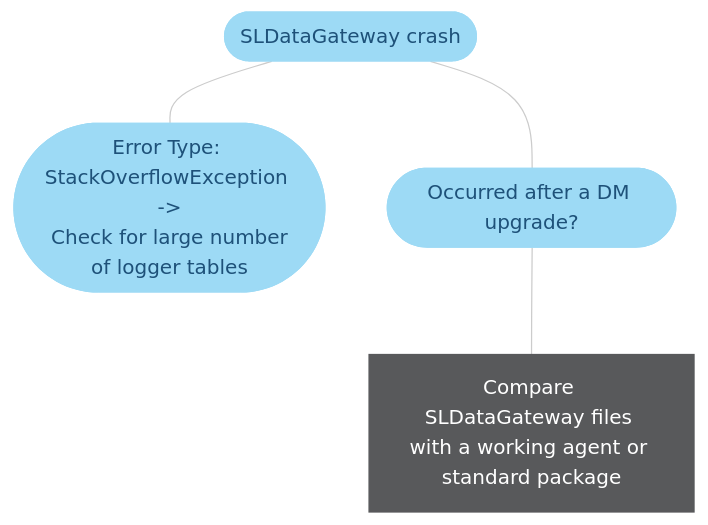
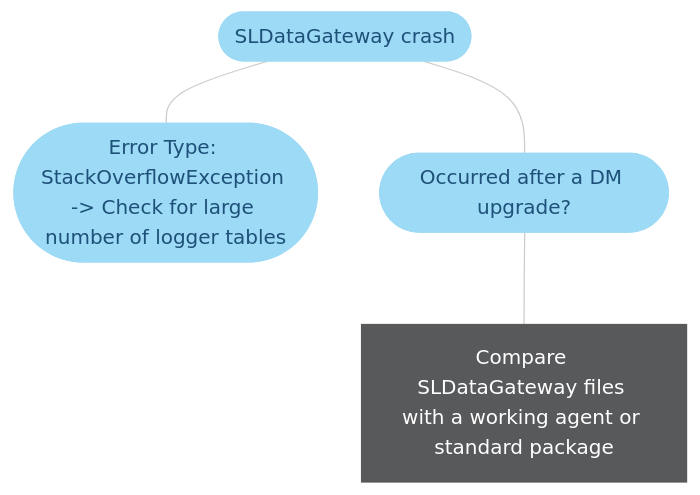
One commit to SkylineCommunications/dataminer-docs changed the fifth of 5 diagrams in user-guide/Troubleshooting/Troubleshooting_Flowcharts/Troubleshooting_Process_Identification/Database_processes/Troubleshooting_SLDataGateway_exe.md. Above: the diagram before and after it, drawn with Mermaid (base theme). The commit also changed other lines of this file and 21 other files, not shown here.

````diff
--- a/user-guide/Troubleshooting/Troubleshooting_Flowcharts/Troubleshooting_Process_Identification/Database_processes/Troubleshooting_SLDataGateway_exe.md
+++ b/user-guide/Troubleshooting/Troubleshooting_Flowcharts/Troubleshooting_Process_Identification/Database_processes/Troubleshooting_SLDataGateway_exe.md
@@ -186,35 +186,35 @@
 ```mermaid
 flowchart TD
 %% -------------------------------------------------------------------------
 %% Cassandra flowchart - Nodetool Status
 %% -------------------------------------------------------------------------
 %% -------------------------------------------------------------------------
 %% Define styles
 %% -------------------------------------------------------------------------
 linkStyle default stroke:#cccccc
 classDef classAction fill:#dddddd,stroke:#dddddd,color:#1E5179,stroke-width:1px;
 classDef classActionClickable fill:#999999,stroke:#999999,color:#ffffff,stroke-width:1px;
 classDef classDecision fill:#4baeea,stroke:#4baeea,color:#ffffff,stroke-width:1px;
 classDef classExternalRef fill:#9ddaf5,stroke:#9ddaf5,color:#1E5179,stroke-width:1px;
 classDef classSolution fill:#58595b,stroke:#58595b,color:#ffffff,stroke-width:1px;
 classDef classTerminal fill:#1e5179,stroke:#1e5179,color:#ffffff,stroke-width:1px;
 %% -------------------------------------------------------------------------
 %% flowchart structure
 %% -------------------------------------------------------------------------
 Action_SLDataGatewayCrash([SLDataGateway crash]):::classExternalRef
-Action_SLDataGatewayCrashOverflow(["Error Type: StackOverflowException -><br> Check for large number of logger tables"]):::classExternalRef
+Action_SLDataGatewayCrashOverflow(["Error Type: StackOverflowException -> Check for large number of logger tables"]):::classExternalRef
 Action_SLDataGatewayCrashAfterUpgrade([Occurred after a DM upgrade?]):::classExternalRef
 Action_SLDataGatewayCrashAfterUpgrade2[Compare SLDataGateway files with a working agent or standard package]:::classSolution
     Action_SLDataGatewayCrash --- Action_SLDataGatewayCrashAfterUpgrade --- Action_SLDataGatewayCrashAfterUpgrade2
     Action_SLDataGatewayCrash --- Action_SLDataGatewayCrashOverflow
 %% -------------------------------------------------------------------------
 %% all blocks terminating at a common End?
 %% -------------------------------------------------------------------------
 %% -------------------------------------------------------------------------
 %% Define hyperlinks %%
 %% -------------------------------------------------------------------------
 click HOME "/user-guide/Troubleshooting/Troubleshooting_Flowcharts/Finding_a_Root_Cause.html"
 %% -------------------------------------------------------------------------
 %% Apply styles to blocks
 %% -------------------------------------------------------------------------
 ```
````
